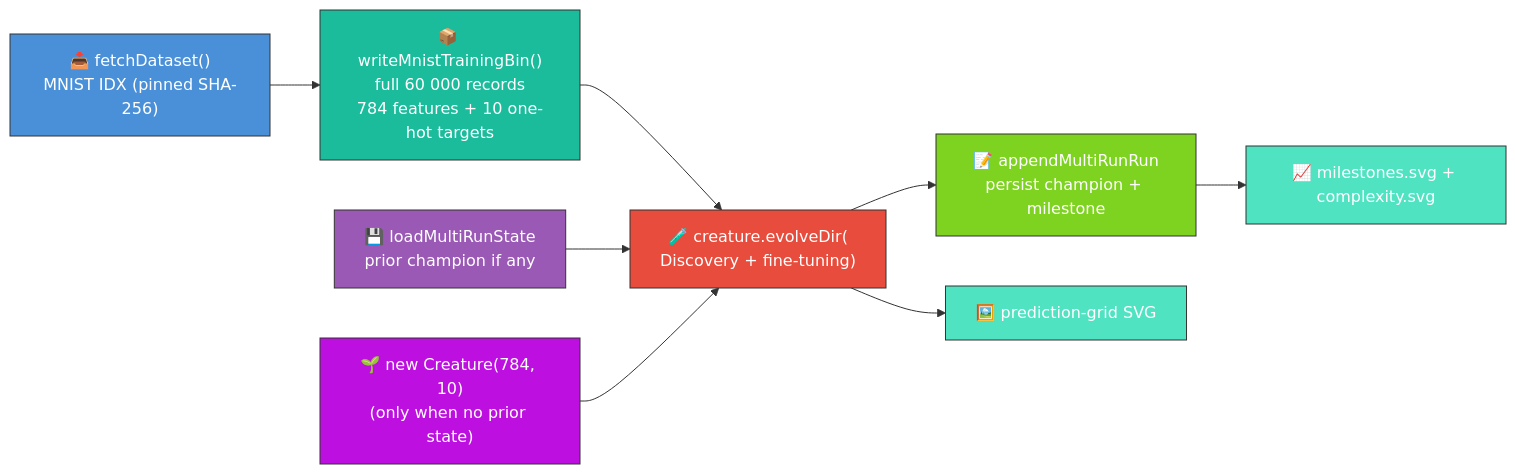
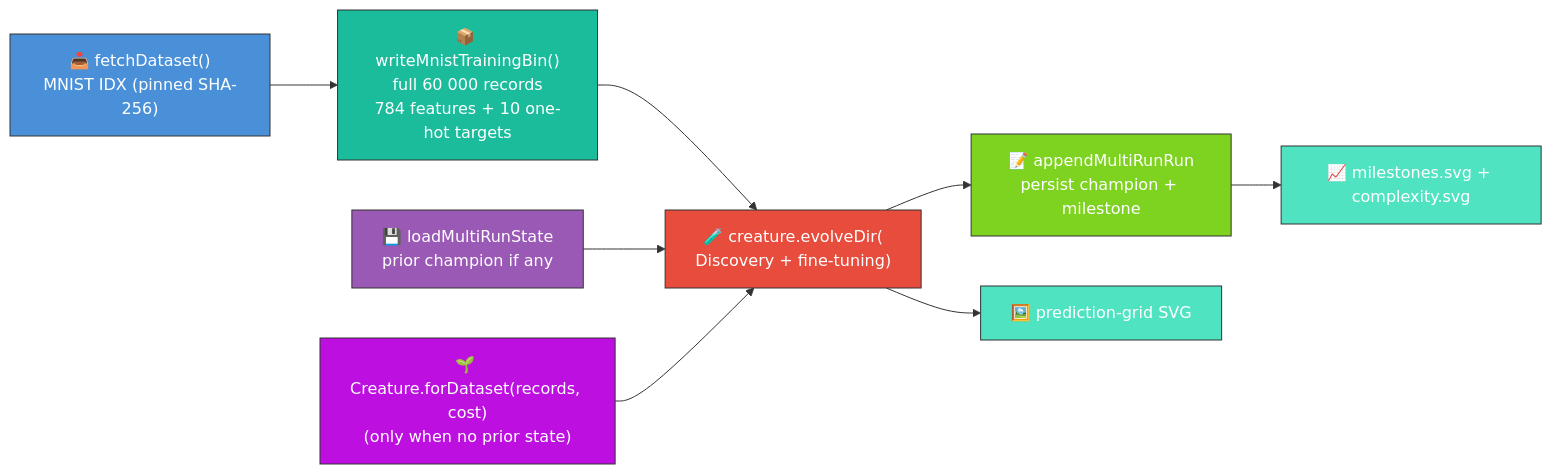
One commit to stSoftwareAU/NEAT-AI-Examples changed the first of 2 diagrams in mnist_classification/README.md. Above: the diagram before and after it, drawn with Mermaid. The commit also changed other lines of this file and 10 other files, not shown here.

````diff
--- a/mnist_classification/README.md
+++ b/mnist_classification/README.md
@@ -19,26 +21,26 @@
 ```mermaid
 flowchart LR
     DL["📥 fetchDataset()<br/>MNIST IDX (pinned SHA-256)"]
     BIN["📦 writeMnistTrainingBin()<br/>full 60 000 records<br/>784 features + 10 one-hot targets"]
     LOAD["💾 loadMultiRunState<br/>prior champion if any"]
-    SEED["🌱 new Creature(784, 10)<br/>(only when no prior state)"]
+    SEED["🌱 Creature.forDataset(records, cost)<br/>(only when no prior state)"]
     EVOLVE["🧪 creature.evolveDir(<br/>Discovery + fine-tuning)"]
     APPEND["📝 appendMultiRunRun<br/>persist champion + milestone"]
     CHARTS["📈 milestones.svg + complexity.svg"]
     GRID["🖼️ prediction-grid SVG"]
     DL --> BIN --> EVOLVE
     LOAD --> EVOLVE
     SEED --> EVOLVE
     EVOLVE --> APPEND
     APPEND --> CHARTS
     EVOLVE --> GRID
 
     style DL fill:#4a90d9,stroke:#333,color:#fff
     style BIN fill:#1abc9c,stroke:#333,color:#fff
     style LOAD fill:#9b59b6,stroke:#333,color:#fff
     style SEED fill:#bd10e0,stroke:#333,color:#fff
     style EVOLVE fill:#e74c3c,stroke:#333,color:#fff
     style APPEND fill:#7ed321,stroke:#333,color:#fff
     style CHARTS fill:#50e3c2,stroke:#333,color:#fff
     style GRID fill:#50e3c2,stroke:#333,color:#fff
 ```
````
